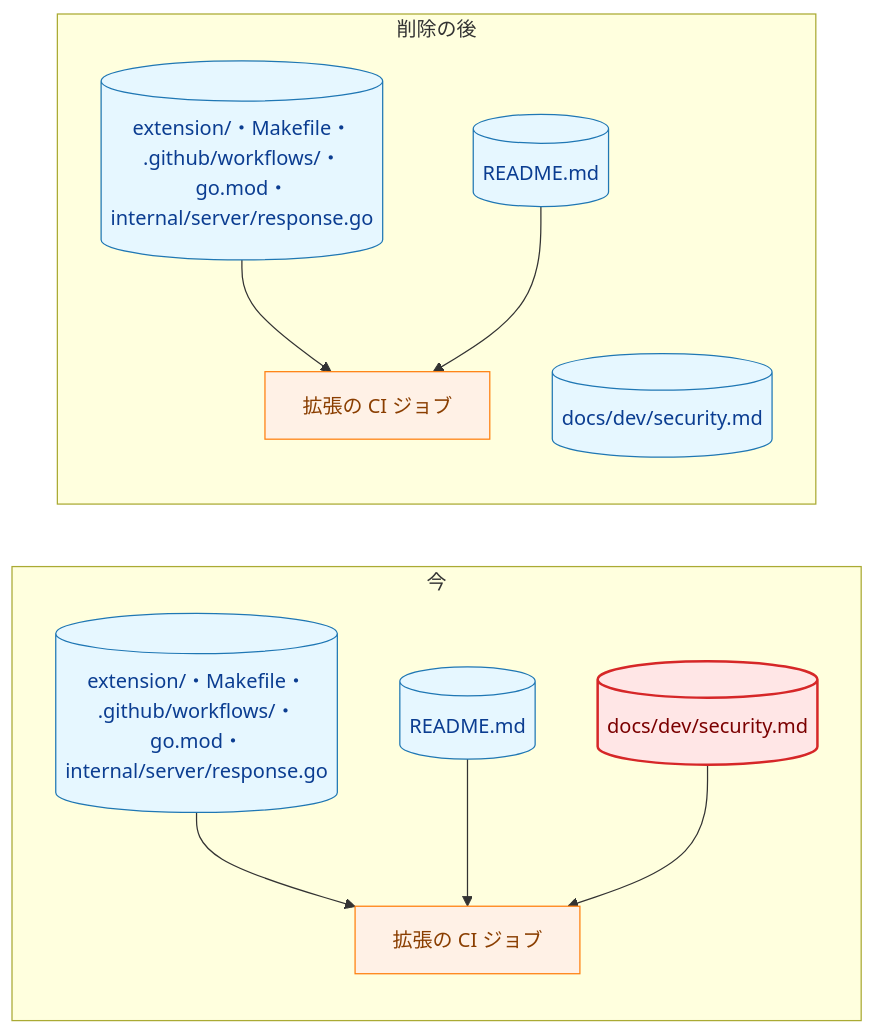
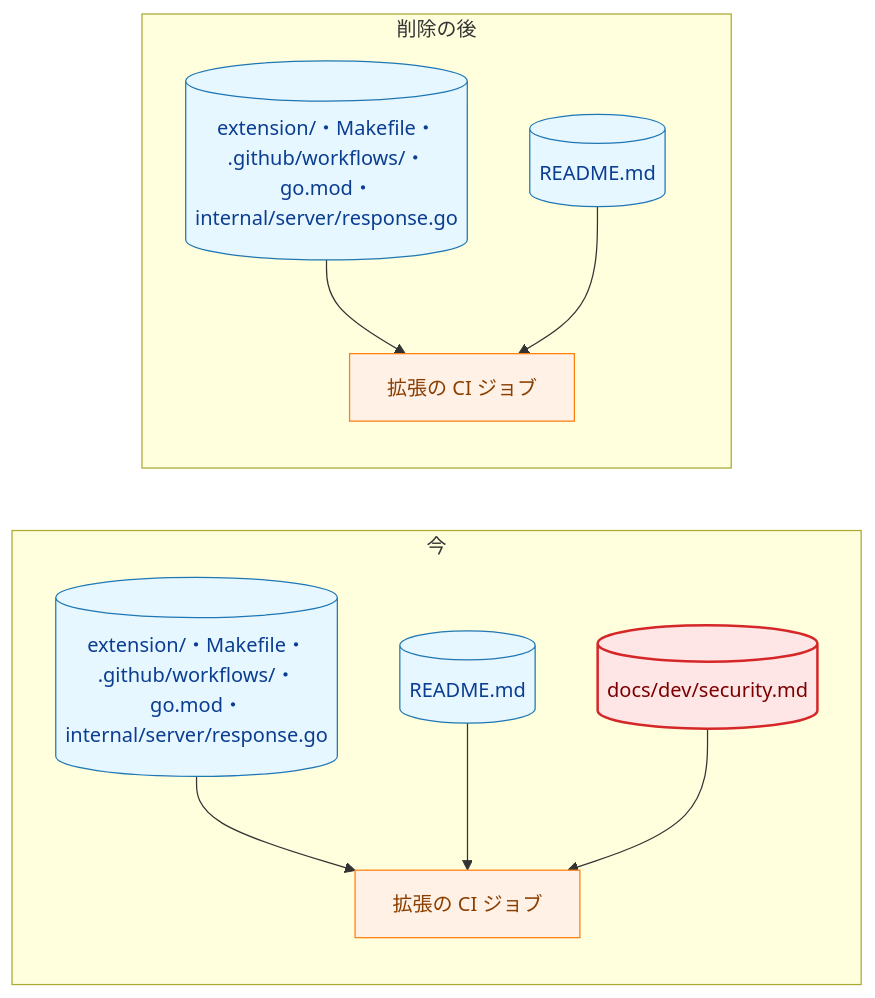
One commit to isseis/yt2column changed the fifth of 10 diagrams in docs/tasks/0038_doc_test_pruning/02_architecture.md. Above: the diagram before and after it, drawn with Mermaid. The commit also changed other lines of this file and 1 other file, not shown here.

First line of the commit message:
docs(0038): resolve the architecture review findings

````diff
--- a/docs/tasks/0038_doc_test_pruning/02_architecture.md
+++ b/docs/tasks/0038_doc_test_pruning/02_architecture.md
@@ -180,29 +205,28 @@
 ```mermaid
 flowchart LR
     classDef data fill:#e6f7ff,stroke:#1f77b4,stroke-width:1px,color:#0b3d91;
     classDef process fill:#fff1e6,stroke:#ff7f0e,stroke-width:1px,color:#8a3e00;
     classDef problem fill:#ffe6e6,stroke:#d62728,stroke-width:2px,color:#7b0000;
 
     subgraph Before["今"]
         B1[("extension/・Makefile・<br>.github/workflows/・go.mod・<br>internal/server/response.go")]
         B2[("README.md")]
         B3[("docs/dev/security.md")]
         BJ["拡張の CI ジョブ"]
         B1 --> BJ
         B2 --> BJ
         B3 --> BJ
     end
 
     subgraph After["削除の後"]
         A1[("extension/・Makefile・<br>.github/workflows/・go.mod・<br>internal/server/response.go")]
         A2[("README.md")]
-        A3[("docs/dev/security.md")]
         AJ["拡張の CI ジョブ"]
         A1 --> AJ
         A2 --> AJ
     end
 
-    class B1,B2,A1,A2,A3 data
+    class B1,B2,A1,A2 data
     class BJ,AJ process
     class B3 problem
 ```
````
